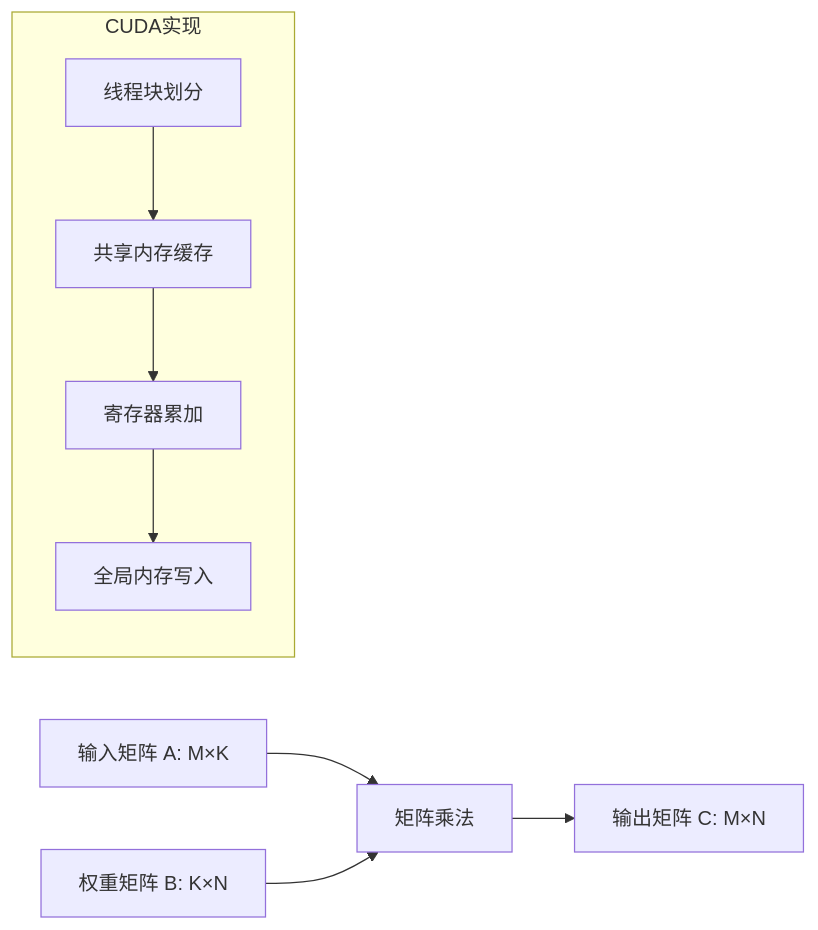
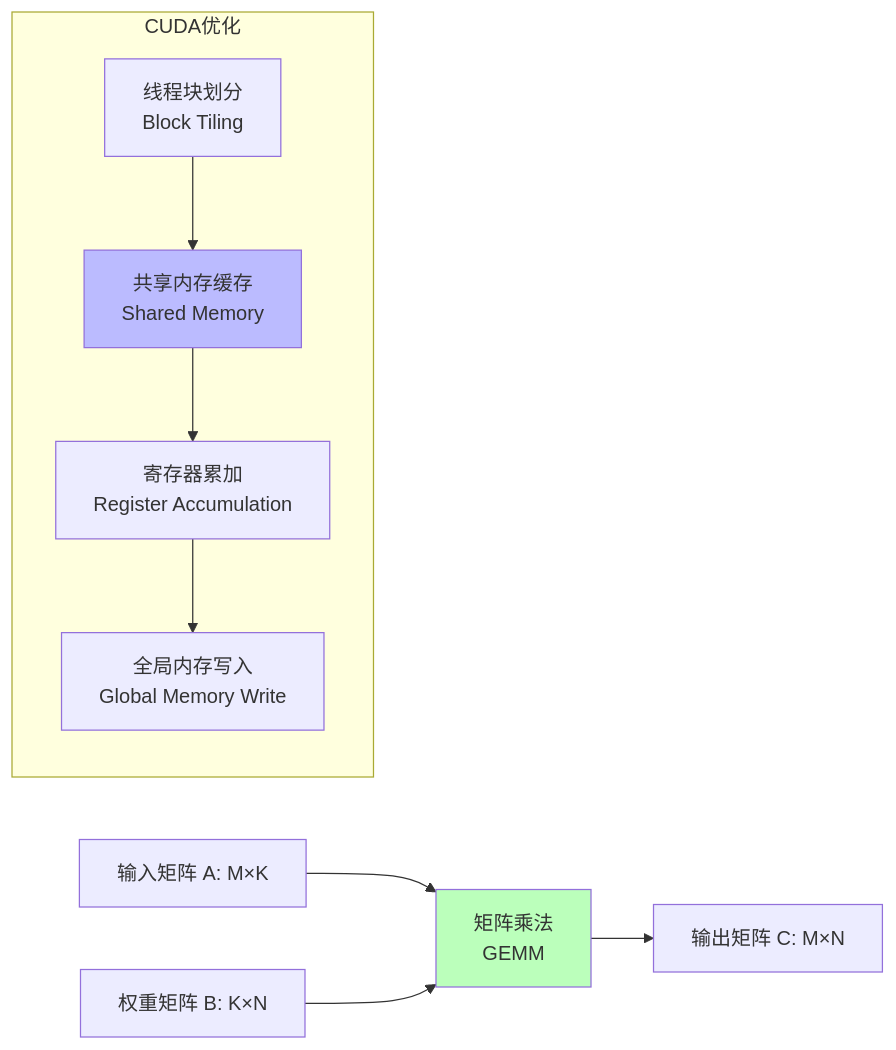
The first of 4 diagrams in concepts/01-AI三层模型架构/01.1.2-GPU矩阵运算与CUDA优化.md (AdaMartin18010/FormalAI), drawn with Mermaid before and after one commit. The commit also changed other lines of this file and 126 other files, not shown here.

````diff
--- a/concepts/01-AI三层模型架构/01.1.2-GPU矩阵运算与CUDA优化.md
+++ b/concepts/01-AI三层模型架构/01.1.2-GPU矩阵运算与CUDA优化.md
@@ -59,12 +76,15 @@
 ```mermaid
 graph LR
-    A[输入矩阵 A: M×K] --> C[矩阵乘法]
+    A[输入矩阵 A: M×K] --> C[矩阵乘法<br>GEMM]
     B[权重矩阵 B: K×N] --> C
     C --> D[输出矩阵 C: M×N]
 
-    subgraph CUDA实现
-        E[线程块划分] --> F[共享内存缓存]
-        F --> G[寄存器累加]
-        G --> H[全局内存写入]
+    subgraph CUDA优化
+        E[线程块划分<br>Block Tiling] --> F[共享内存缓存<br>Shared Memory]
+        F --> G[寄存器累加<br>Register Accumulation]
+        G --> H[全局内存写入<br>Global Memory Write]
     end
+
+    style C fill:#bfb
+    style F fill:#bbf
 ```
````
